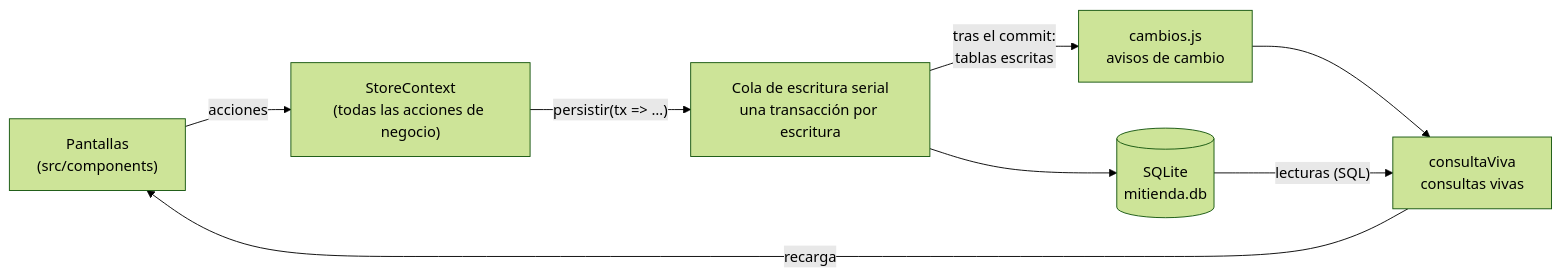
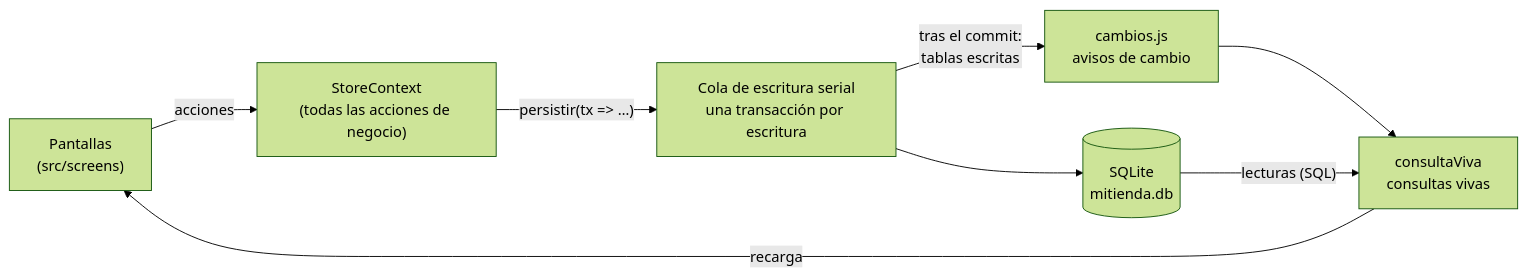
One commit to sosagonzales0409-max/LudyShop changed the diagram in README.es.md. Above: the diagram before and after it, drawn with Mermaid (forest theme). The commit also changed other lines of this file and 89 other files, not shown here.

First line of the commit message:
Reorganiza src/components en screens, modals, ui y navigation

````diff
--- a/README.es.md
+++ b/README.es.md
@@ -74,10 +74,10 @@
 ```mermaid
 flowchart LR
-    UI["Pantallas<br/>(src/components)"] -->|acciones| CTX["StoreContext<br/>(todas las acciones de negocio)"]
+    UI["Pantallas<br/>(src/screens)"] -->|acciones| CTX["StoreContext<br/>(todas las acciones de negocio)"]
     CTX -->|"persistir(tx => …)"| Q["Cola de escritura serial<br/>una transacción por escritura"]
     Q --> DB[("SQLite<br/>mitienda.db")]
     Q -->|"tras el commit:<br/>tablas escritas"| EV["cambios.js<br/>avisos de cambio"]
     EV --> LIVE["consultaViva<br/>consultas vivas"]
     LIVE -->|recarga| UI
     DB -->|"lecturas (SQL)"| LIVE
 ```
````
